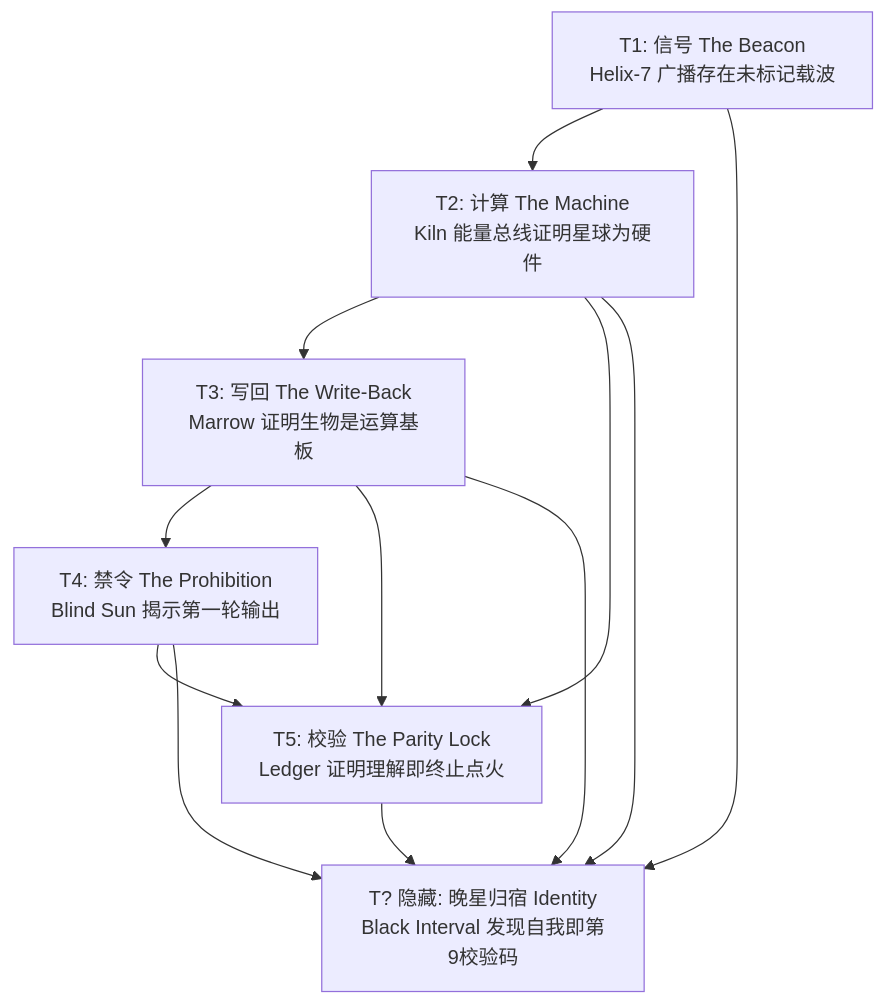
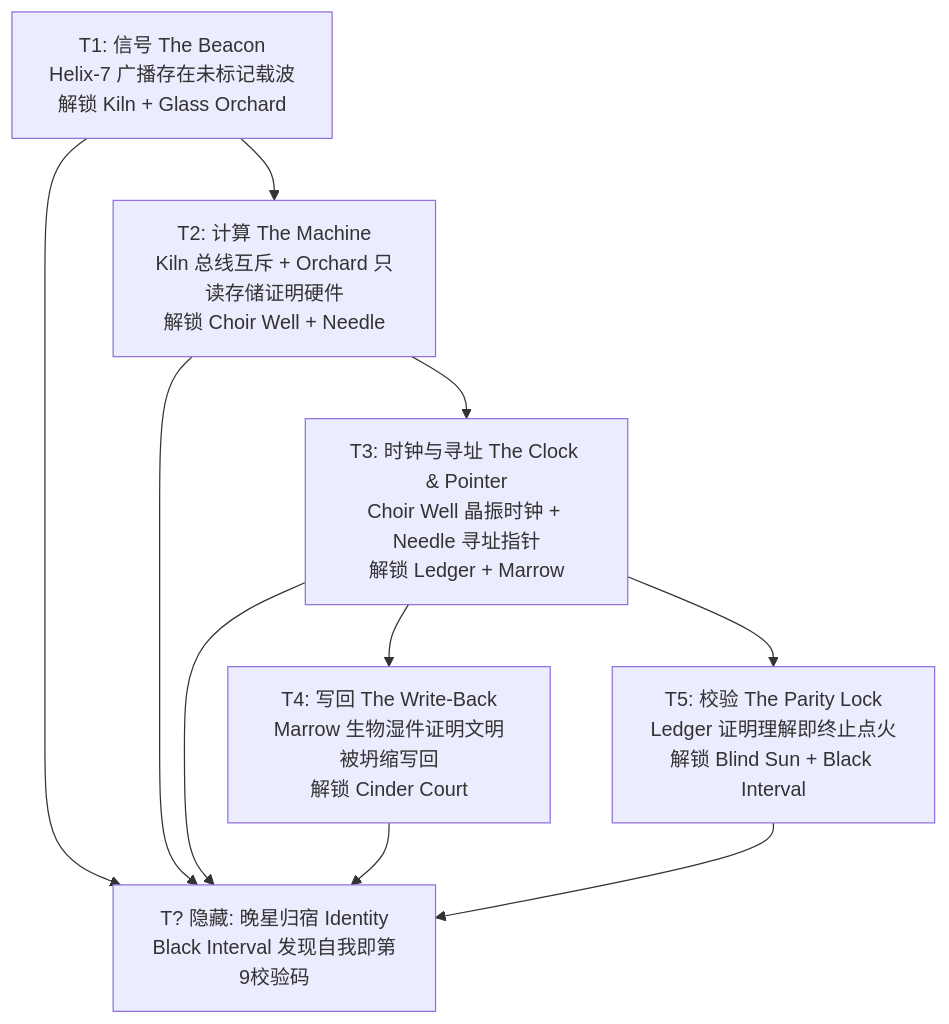
One commit to Cola113/ember-protocol changed the diagram in STORY.md. Above: the diagram before and after it, drawn with Mermaid. The commit also changed other lines of this file and 7 other files, not shown here.

````diff
--- a/STORY.md
+++ b/STORY.md
@@ -306,8 +306,8 @@
 ```mermaid
 graph TD
-    T1[T1: 信号 The Beacon\nHelix-7 广播存在未标记载波] --> T2[T2: 计算 The Machine\nKiln 能量总线证明星球为硬件]
-    T2 --> T3[T3: 写回 The Write-Back\nMarrow 证明生物是运算基板]
-    T3 --> T4[T4: 禁令 The Prohibition\nBlind Sun 揭示第一轮输出]
-    T2 & T3 & T4 --> T5[T5: 校验 The Parity Lock\nLedger 证明理解即终止点火]
+    T1[T1: 信号 The Beacon\nHelix-7 广播存在未标记载波\n解锁 Kiln + Glass Orchard] --> T2[T2: 计算 The Machine\nKiln 总线互斥 + Orchard 只读存储证明硬件\n解锁 Choir Well + Needle]
+    T2 --> T3[T3: 时钟与寻址 The Clock & Pointer\nChoir Well 晶振时钟 + Needle 寻址指针\n解锁 Ledger + Marrow]
+    T3 --> T4[T4: 写回 The Write-Back\nMarrow 生物湿件证明文明被坍缩写回\n解锁 Cinder Court]
+    T3 --> T5[T5: 校验 The Parity Lock\nLedger 证明理解即终止点火\n解锁 Blind Sun + Black Interval]
     T1 & T2 & T3 & T4 & T5 --> THidden[T? 隐藏: 晚星归宿 Identity\nBlack Interval 发现自我即第9校验码]
 ```
````
